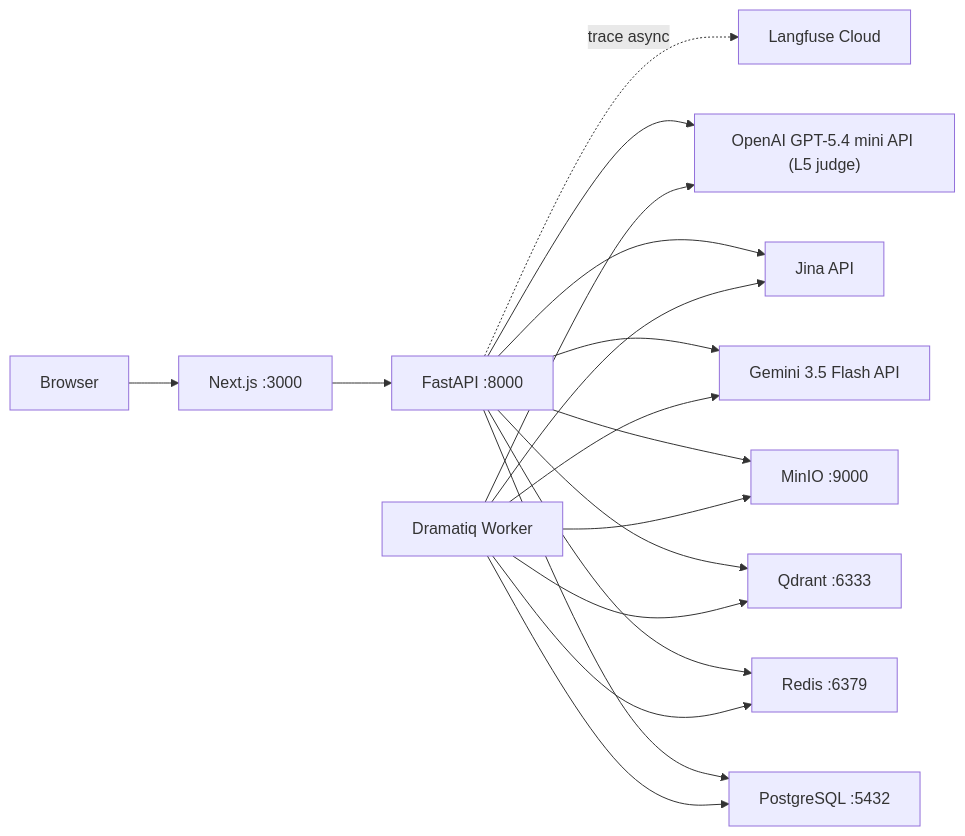
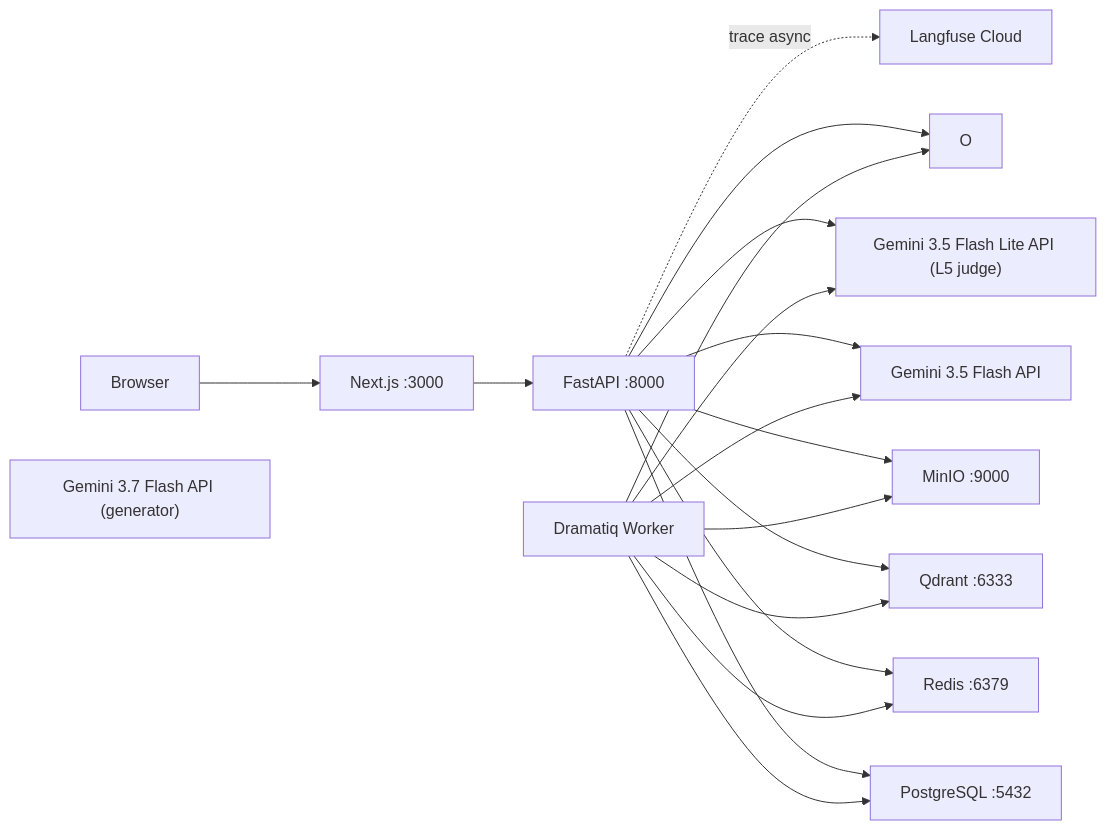
The fourth of 13 diagrams in docs/03-thiet-ke-he-thong.md (PhucTruong-ctrl/vn-traffic-law-RAG), drawn with Mermaid before and after one commit. The commit also changed other lines of this file and 18 other files, not shown here.

````diff
--- a/docs/03-thiet-ke-he-thong.md
+++ b/docs/03-thiet-ke-he-thong.md
@@ -238,33 +241,33 @@
 ```mermaid
 graph LR
     B["Browser"]
     FE["Next.js :3000"]
     API["FastAPI :8000"]
     WK["Dramatiq Worker"]
     PG["PostgreSQL :5432"]
     QD["Qdrant :6333"]
     RD["Redis :6379"]
     MO["MinIO :9000"]
     LF["Langfuse Cloud"]
     LLM["Gemini 3.5 Flash API"]
     J["Jina API"]
-    O["OpenAI GPT-5.4 mini API (L5 judge)"]
-
+    G["Gemini 3.7 Flash API (generator)"]
+    J["Gemini 3.5 Flash Lite API (L5 judge)"]
     B --> FE
     FE --> API
     API --> PG
     API --> QD
     API --> RD
     API --> MO
     WK --> RD
     WK --> PG
     WK --> QD
     WK --> MO
     API --> LLM
     API --> J
     WK --> J
     WK --> LLM
     API --> O
     WK --> O
     API -. "trace async" .-> LF
 ```
````
